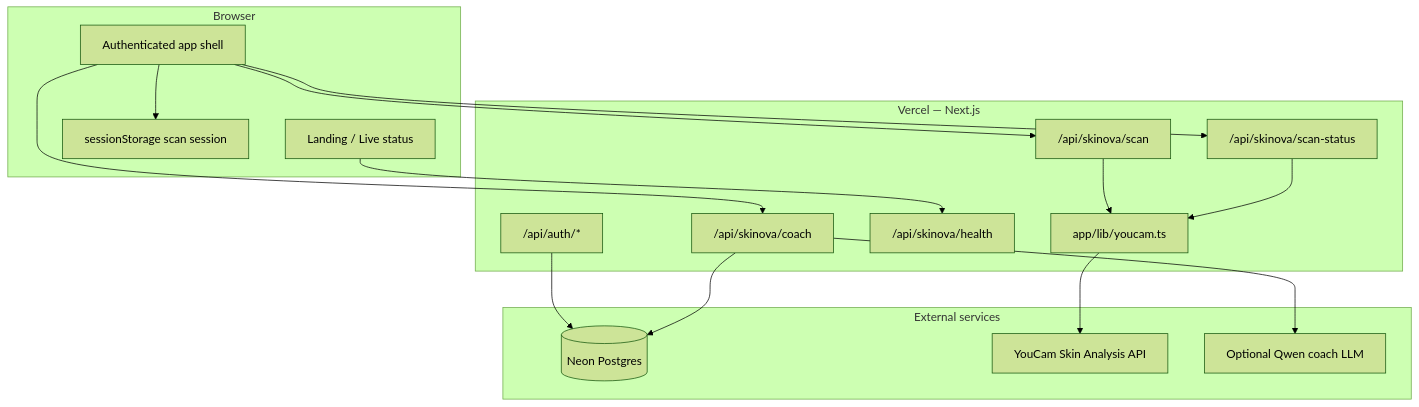
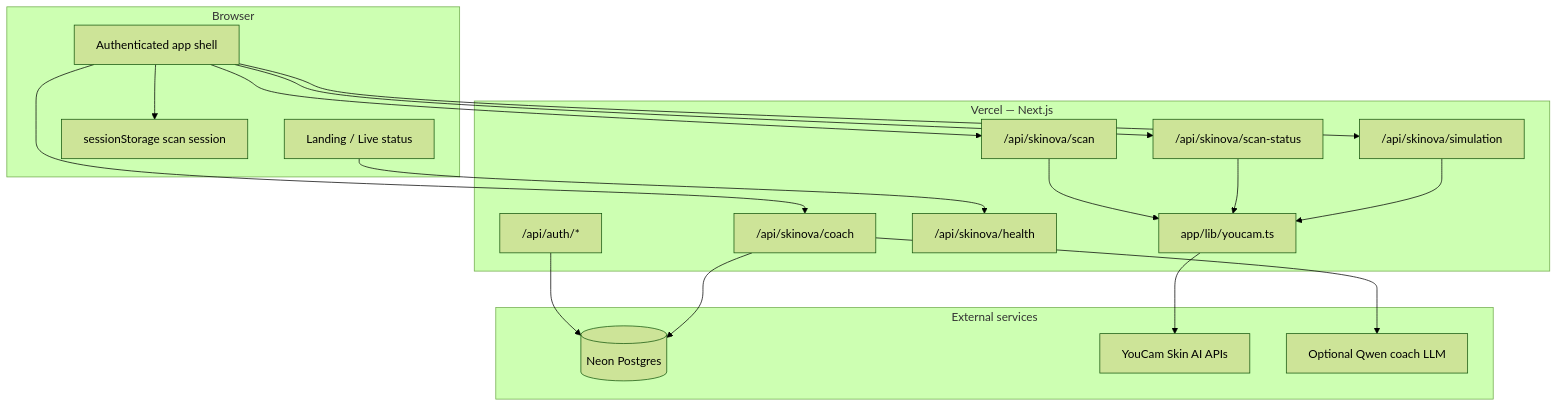
One commit to imawais-engineer/Skinova changed the diagram in docs/ARCHITECTURE.md. Above: the diagram before and after it, drawn with Mermaid (forest theme). The commit also changed other lines of this file and 11 other files, not shown here.

````diff
--- a/docs/ARCHITECTURE.md
+++ b/docs/ARCHITECTURE.md
@@ -9,35 +9,38 @@
 ```mermaid
 flowchart TB
   subgraph client [Browser]
     LP[Landing / Live status]
     APP[Authenticated app shell]
     SS[sessionStorage scan session]
   end
 
-  subgraph vercel [Vercel — Next.js]
+    subgraph vercel [Vercel — Next.js]
     AUTH["/api/auth/*"]
     SCAN["/api/skinova/scan"]
     POLL["/api/skinova/scan-status"]
+    SIM["/api/skinova/simulation"]
     COACH["/api/skinova/coach"]
     HEALTH["/api/skinova/health"]
     LIB[app/lib/youcam.ts]
   end
 
   subgraph external [External services]
     NEON[(Neon Postgres)]
-    YOUCAM[YouCam Skin Analysis API]
+    YOUCAM[YouCam Skin AI APIs]
     LLM[Optional Qwen coach LLM]
   end
 
   LP --> HEALTH
   APP --> SCAN
   APP --> POLL
+  APP --> SIM
   APP --> COACH
   APP --> SS
   AUTH --> NEON
   SCAN --> LIB
   POLL --> LIB
+  SIM --> LIB
   LIB --> YOUCAM
   COACH --> NEON
   COACH --> LLM
 ```
````
